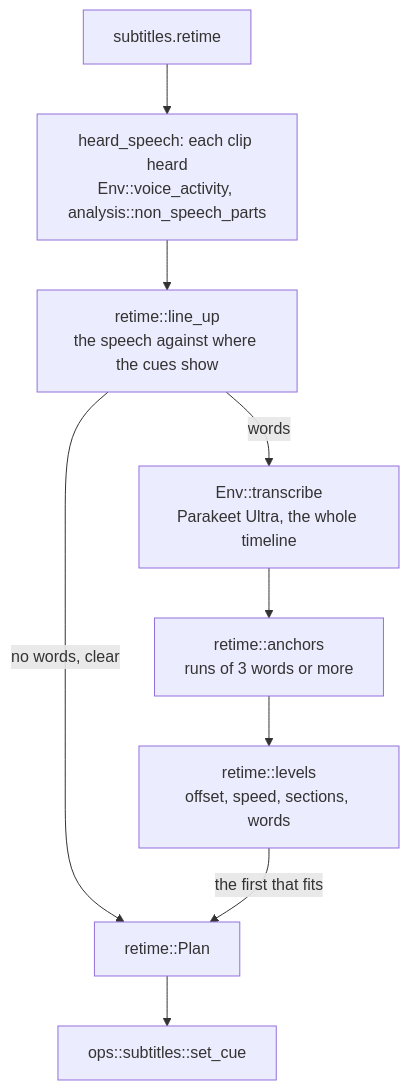
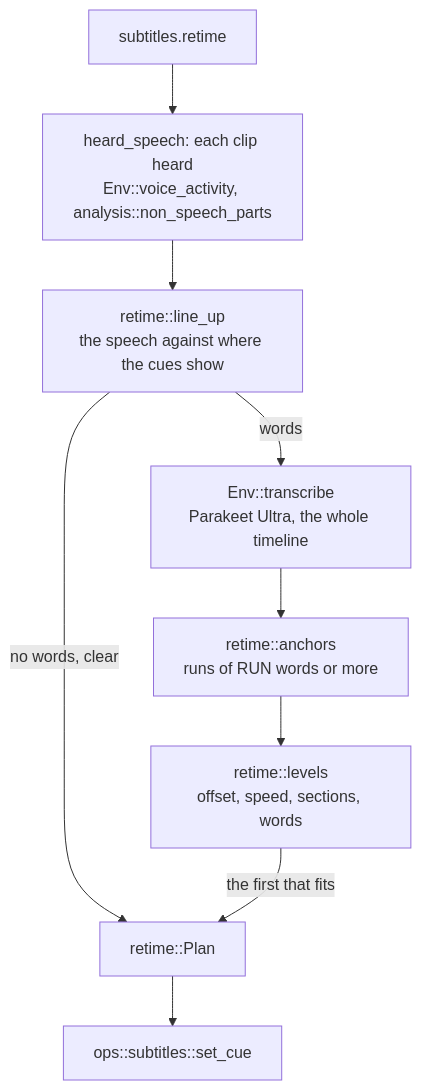
The third of 3 diagrams in docs/design/analysis.md (oittaa/vidcut), drawn with Mermaid before and after one commit. The commit also changed other lines of this file, not shown here.

````diff
--- a/docs/design/analysis.md
+++ b/docs/design/analysis.md
@@ -327,11 +266,11 @@
 ```mermaid
 flowchart TD
   req["subtitles.retime"] --> heard["heard_speech: each clip heard<br>Env::voice_activity, analysis::non_speech_parts"]
   heard --> line["retime::line_up<br>the speech against where the cues show"]
   line -- "words" --> asr["Env::transcribe<br>Parakeet Ultra, the whole timeline"]
-  asr --> anchors["retime::anchors<br>runs of 3 words or more"]
+  asr --> anchors["retime::anchors<br>runs of RUN words or more"]
   anchors --> levels["retime::levels<br>offset, speed, sections, words"]
   line -- "no words, clear" --> plan["retime::Plan"]
   levels -- "the first that fits" --> plan
   plan --> set["ops::subtitles::set_cue"]
 ```
````
